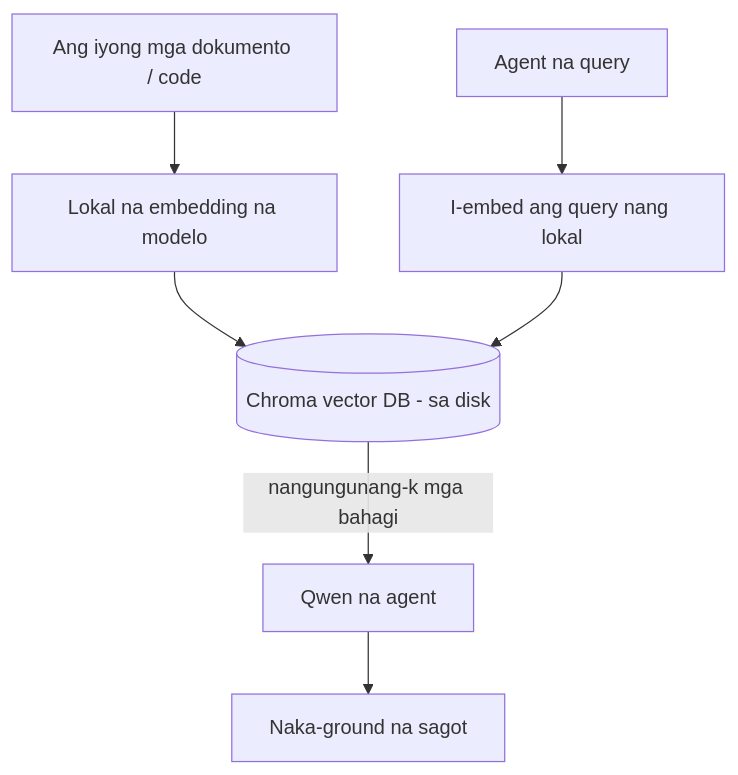
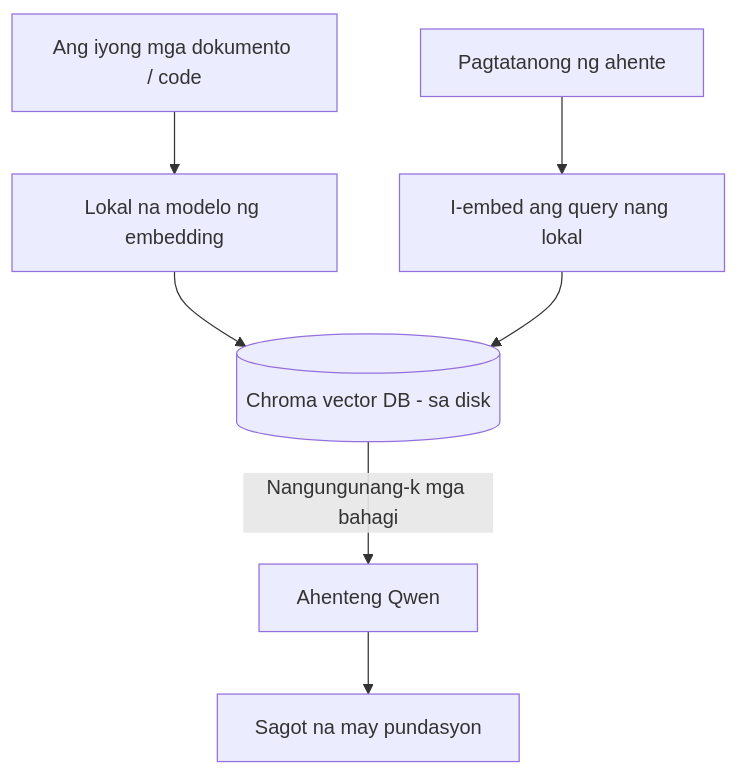
One commit to microsoft/ai-agents-for-beginners changed the third of 4 diagrams in translations/tl/17-creating-local-ai-agents/README.md. Above: the diagram before and after it, drawn with Mermaid. The commit also changed other lines of this file and 46 other files, not shown here.

````diff
--- a/translations/tl/17-creating-local-ai-agents/README.md
+++ b/translations/tl/17-creating-local-ai-agents/README.md
@@ -125,9 +125,9 @@
 ```mermaid
 flowchart TB
-    D[Ang iyong mga dokumento / code] --> E[Lokal na embedding na modelo]
+    D[Ang iyong mga dokumento / code] --> E[Lokal na modelo ng embedding]
     E --> V[(Chroma vector DB - sa disk)]
-    Q[Agent na query] --> QE[I-embed ang query nang lokal]
+    Q[Pagtatanong ng ahente] --> QE[I-embed ang query nang lokal]
     QE --> V
-    V -->|nangungunang-k mga bahagi| A[Qwen na agent]
-    A --> Ans[Naka-ground na sagot]
+    V -->|Nangungunang-k mga bahagi| A[Ahenteng Qwen]
+    A --> Ans[Sagot na may pundasyon]
 ```
````
